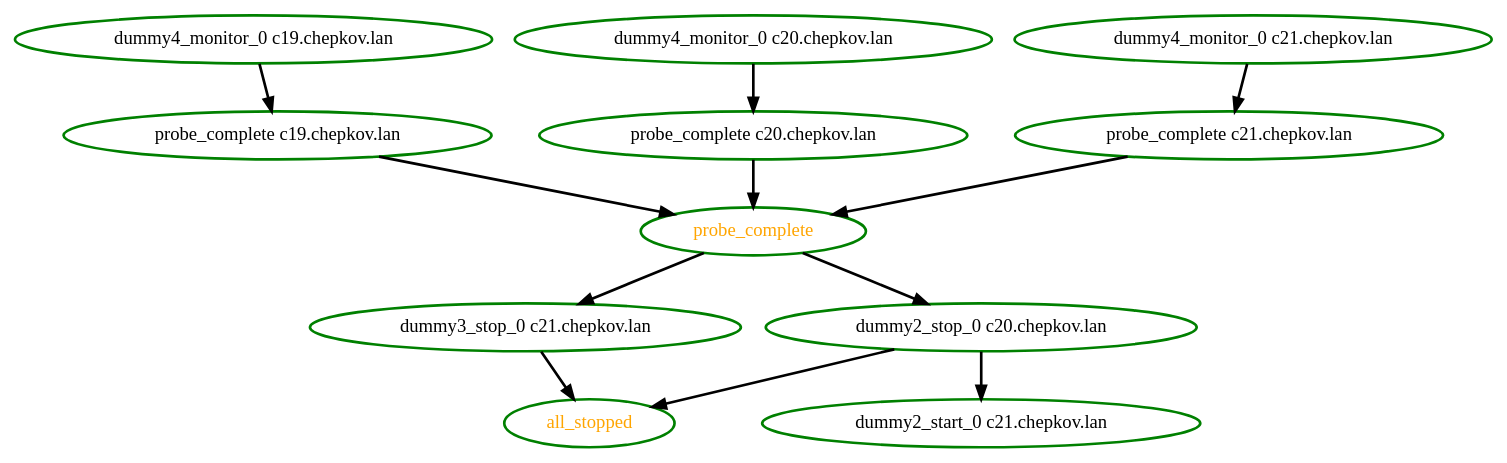
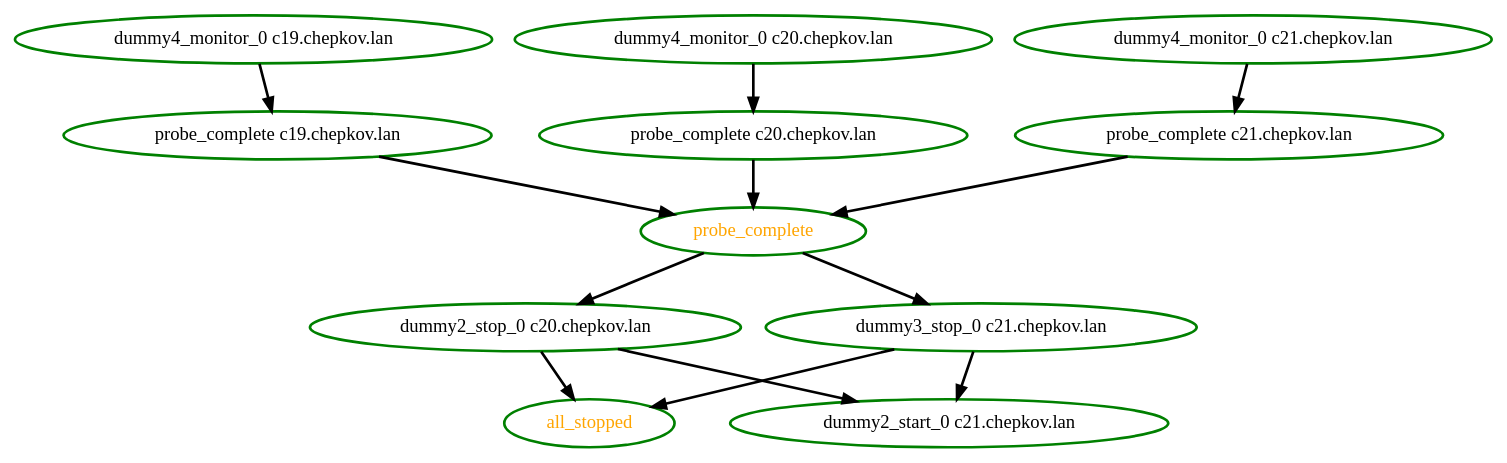
Before and after one commit to ClusterLabs/pacemaker: the diagram in pengine/test10/bug-lf-2435.dot, drawn with Graphviz. The commit also changed 4 other files, not shown here.

```diff
--- a/pengine/test10/bug-lf-2435.dot
+++ b/pengine/test10/bug-lf-2435.dot
@@ -1,24 +1,25 @@
 digraph "g" {
 "all_stopped" [ style=bold color="green" fontcolor="orange" ]
 "dummy2_start_0 c21.chepkov.lan" [ style=bold color="green" fontcolor="black" ]
 "dummy2_stop_0 c20.chepkov.lan" -> "all_stopped" [ style = bold]
 "dummy2_stop_0 c20.chepkov.lan" -> "dummy2_start_0 c21.chepkov.lan" [ style = bold]
 "dummy2_stop_0 c20.chepkov.lan" [ style=bold color="green" fontcolor="black" ]
 "dummy3_stop_0 c21.chepkov.lan" -> "all_stopped" [ style = bold]
+"dummy3_stop_0 c21.chepkov.lan" -> "dummy2_start_0 c21.chepkov.lan" [ style = bold]
 "dummy3_stop_0 c21.chepkov.lan" [ style=bold color="green" fontcolor="black" ]
 "dummy4_monitor_0 c19.chepkov.lan" -> "probe_complete c19.chepkov.lan" [ style = bold]
 "dummy4_monitor_0 c19.chepkov.lan" [ style=bold color="green" fontcolor="black" ]
 "dummy4_monitor_0 c20.chepkov.lan" -> "probe_complete c20.chepkov.lan" [ style = bold]
 "dummy4_monitor_0 c20.chepkov.lan" [ style=bold color="green" fontcolor="black" ]
 "dummy4_monitor_0 c21.chepkov.lan" -> "probe_complete c21.chepkov.lan" [ style = bold]
 "dummy4_monitor_0 c21.chepkov.lan" [ style=bold color="green" fontcolor="black" ]
 "probe_complete c19.chepkov.lan" -> "probe_complete" [ style = bold]
 "probe_complete c19.chepkov.lan" [ style=bold color="green" fontcolor="black" ]
 "probe_complete c20.chepkov.lan" -> "probe_complete" [ style = bold]
 "probe_complete c20.chepkov.lan" [ style=bold color="green" fontcolor="black" ]
 "probe_complete c21.chepkov.lan" -> "probe_complete" [ style = bold]
 "probe_complete c21.chepkov.lan" [ style=bold color="green" fontcolor="black" ]
 "probe_complete" -> "dummy2_stop_0 c20.chepkov.lan" [ style = bold]
 "probe_complete" -> "dummy3_stop_0 c21.chepkov.lan" [ style = bold]
 "probe_complete" [ style=bold color="green" fontcolor="orange" ]
 }
```
